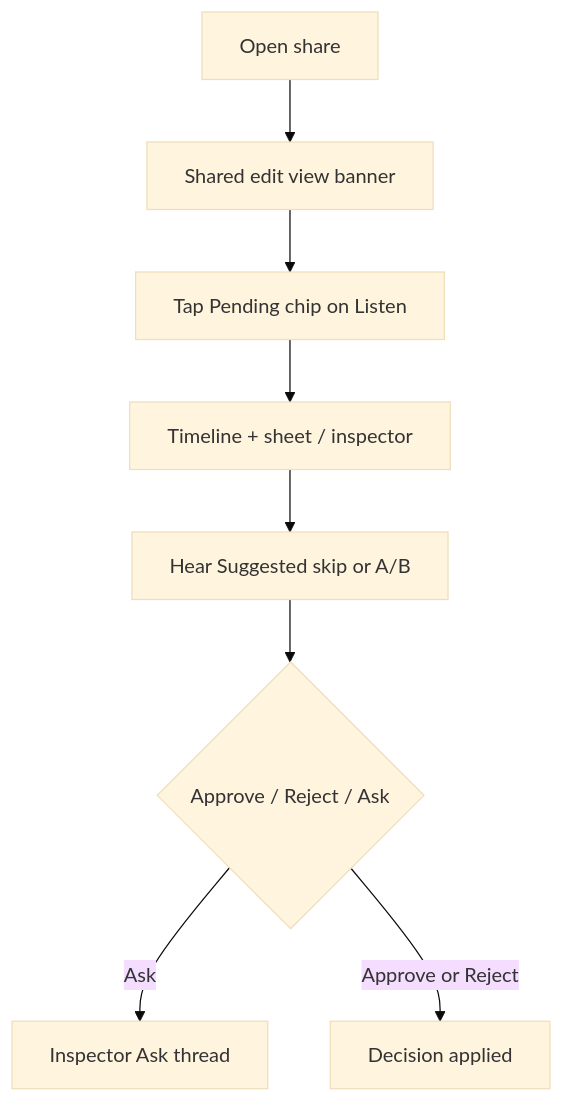
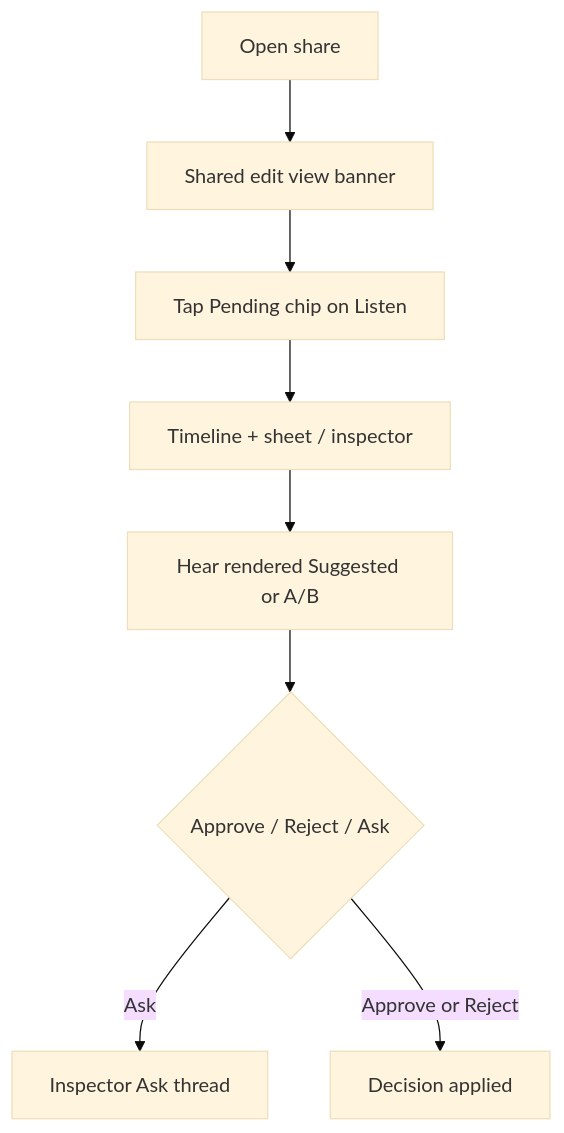
One commit to calebn/sharecut-studio changed the third of 6 diagrams in ux/pages/guest-journeys.md. Above: the diagram before and after it, drawn with Mermaid (base theme). The commit also changed 33 other files, not shown here.

````diff
--- a/ux/pages/guest-journeys.md
+++ b/ux/pages/guest-journeys.md
@@ -79,10 +79,10 @@
 ```mermaid
 flowchart TD
   open[Open share] --> banner[Shared edit view banner]
   banner --> chip[Tap Pending chip on Listen]
   chip --> tl[Timeline + sheet / inspector]
-  tl --> audition[Hear Suggested skip or A/B]
+  tl --> audition[Hear rendered Suggested or A/B]
   audition --> decide{Approve / Reject / Ask}
   decide -->|Ask| thread[Inspector Ask thread]
   decide -->|Approve or Reject| done[Decision applied]
 ```
````
